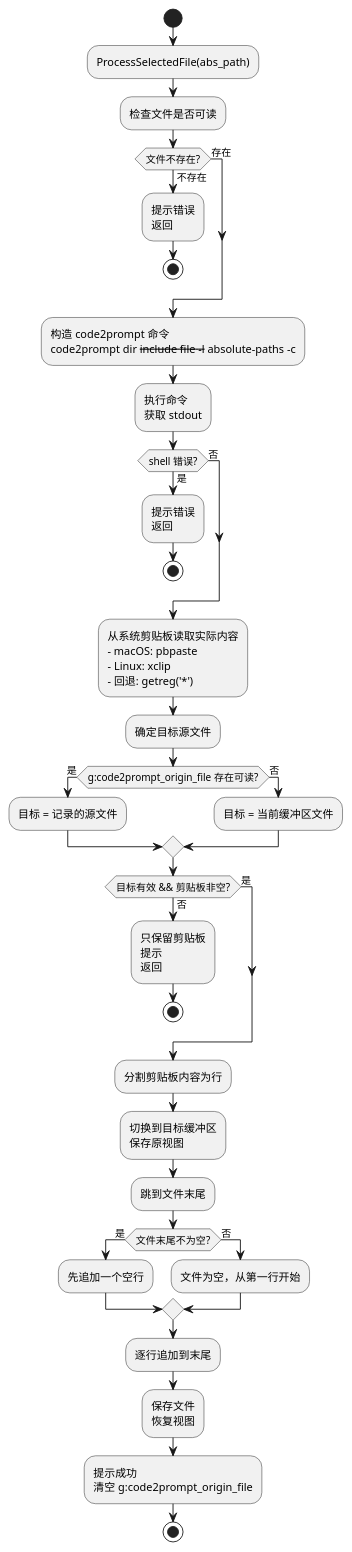
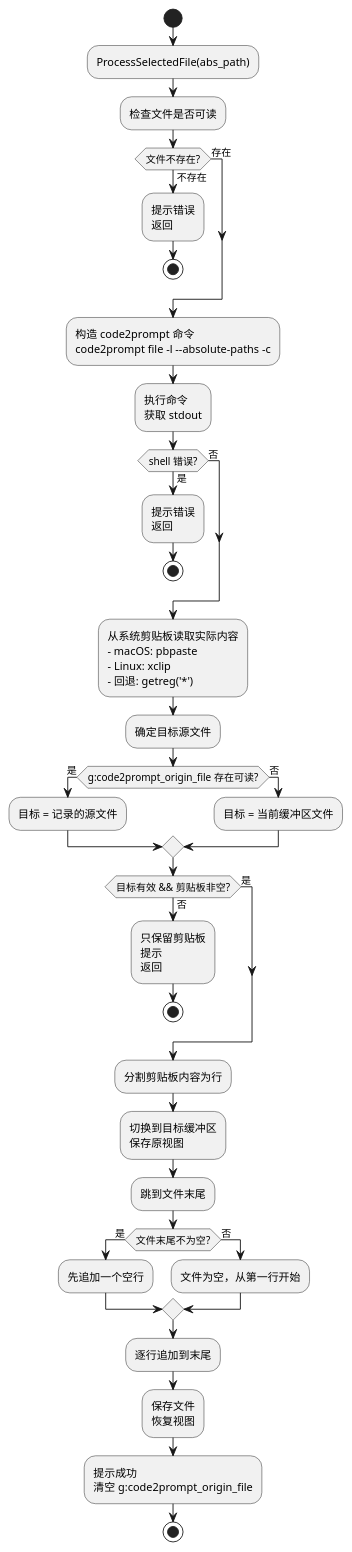
One commit to syllr/ainote changed the third of 5 diagrams in plugin/vimCode2Prompt/docs/workflow.md. Above: the diagram before and after it, drawn with PlantUML. The commit also changed other lines of this file and 1 other file, not shown here.

Commit message:
simplify: Directly run code2prompt on single file instead of --include
Simplify the command for single file processing:
- Instead of: code2prompt dir --include file -l --absolute-paths -c
- Now: code2prompt file -l --absolute-paths -c
- code2prompt accepts direct file path as input, this is cleaner and simpler
- Updated documentation in workflow.md to match

````diff
--- a/plugin/vimCode2Prompt/docs/workflow.md
+++ b/plugin/vimCode2Prompt/docs/workflow.md
@@ -121,62 +121,62 @@
 ```plantuml
 @startuml ProcessSelectedFile 详细流程
 start
 
 :ProcessSelectedFile(abs_path);
 
 :检查文件是否可读;
 
 if (文件不存在?) then (不存在)
   :提示错误\n返回;
   stop
 else (存在)
 endif
 
-:构造 code2prompt 命令\ncode2prompt dir --include file -l --absolute-paths -c;
+:构造 code2prompt 命令\ncode2prompt file -l --absolute-paths -c;
 
 :执行命令\n获取 stdout;
 
 if (shell 错误?) then (是)
   :提示错误\n返回;
   stop
 else (否)
 endif
 
 :从系统剪贴板读取实际内容\n- macOS: pbpaste\n- Linux: xclip\n- 回退: getreg('*');
 
 :确定目标源文件;
 
 if (g:code2prompt_origin_file 存在可读?) then (是)
   :目标 = 记录的源文件;
 else (否)
   :目标 = 当前缓冲区文件;
 endif
 
 if (目标有效 && 剪贴板非空?) then (否)
   :只保留剪贴板\n提示\n返回;
   stop
 else (是)
 endif
 
 :分割剪贴板内容为行;
 
 :切换到目标缓冲区\n保存原视图;
 
 :跳到文件末尾;
 
 if (文件末尾不为空?) then (是)
   :先追加一个空行;
 else (否)
   :文件为空，从第一行开始;
 endif
 
 :逐行追加到末尾;
 
 :保存文件\n恢复视图;
 
 :提示成功\n清空 g:code2prompt_origin_file;
 
 stop
 
 @enduml
 ```
````
